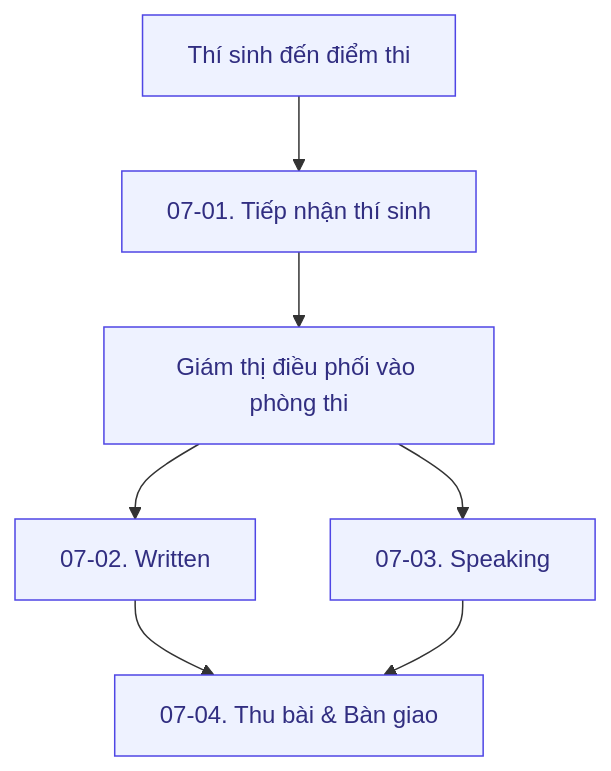
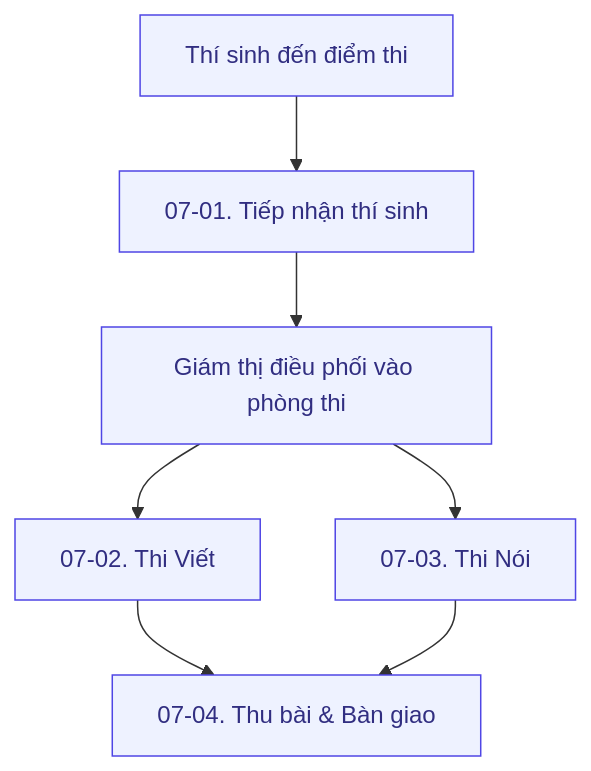
Before and after one commit to emilyuyen2200/OSD-Operation: the diagram in 02-processes/buoc-07-to-chuc-ky-thi/README.md, drawn with Mermaid. The commit also changed other lines of this file, not shown here.

````diff
--- a/02-processes/buoc-07-to-chuc-ky-thi/README.md
+++ b/02-processes/buoc-07-to-chuc-ky-thi/README.md
@@ -91,12 +91,12 @@
 ```mermaid
 flowchart TD
     A["Thí sinh đến điểm thi"] --> B["07-01. Tiếp nhận thí sinh"]
     B --> C["Giám thị điều phối vào phòng thi"]
-    C --> D["07-02. Written"]
-    C --> E["07-03. Speaking"]
+    C --> D["07-02. Thi Viết"]
+    C --> E["07-03. Thi Nói"]
     D --> F["07-04. Thu bài & Bàn giao"]
     E --> F
 
     classDef step fill:#EEF2FF,stroke:#4F46E5,color:#312E81
     class A,B,C,D,E,F step
 ```
````
